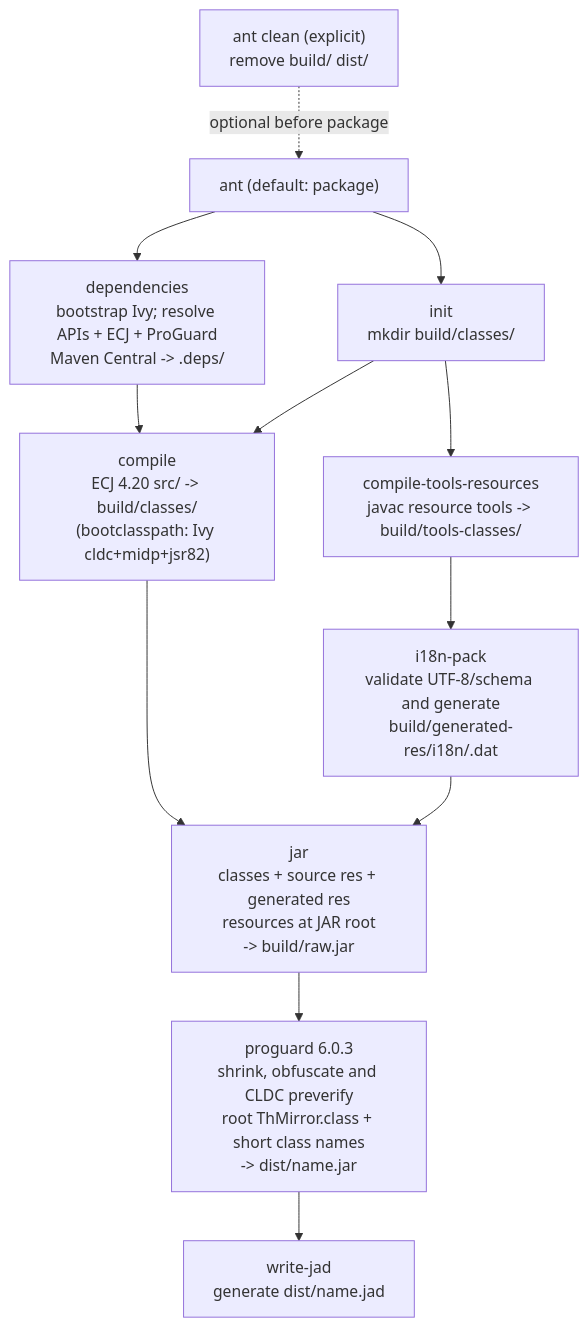
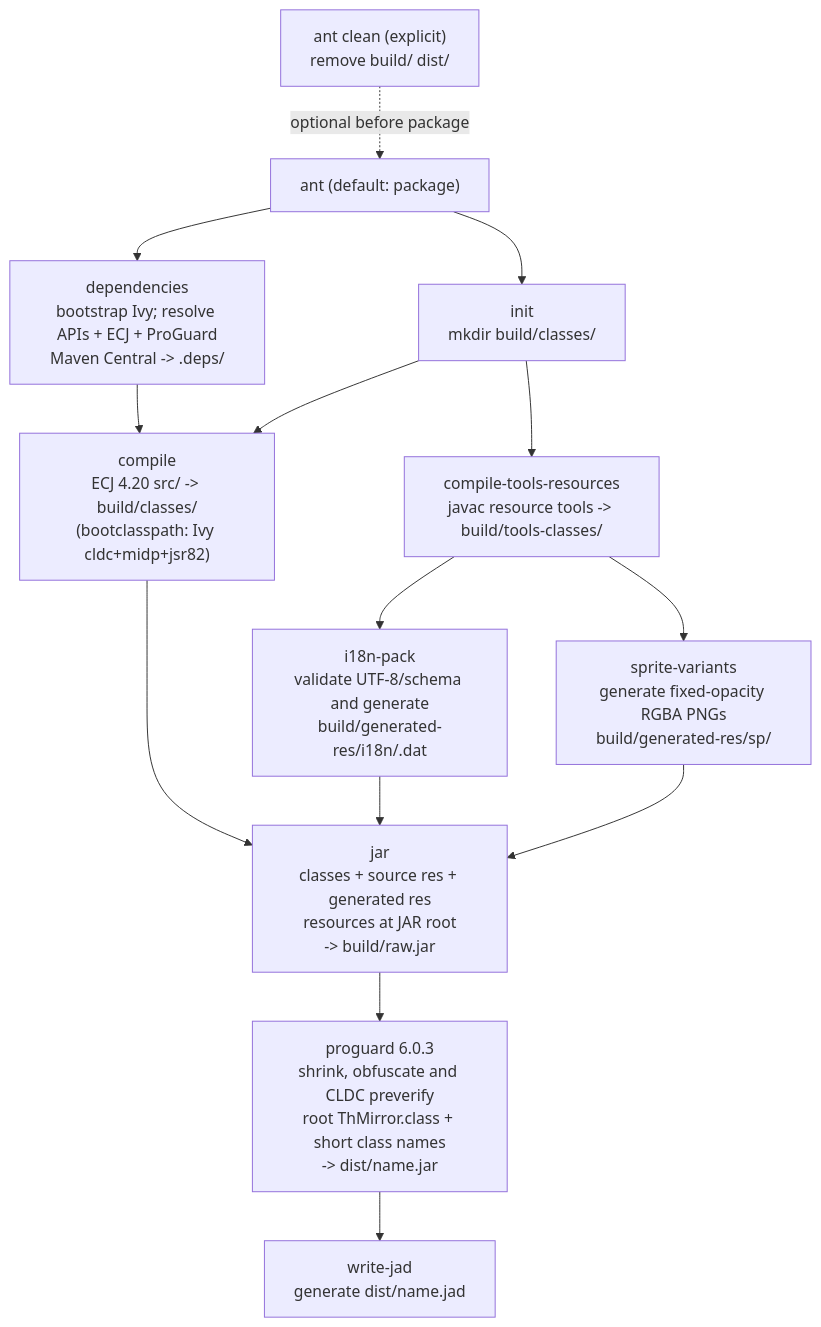
The first of 3 diagrams in docs/tree.md (Magstic/Touhou-Misfortune-Mirror-s-Tale), drawn with Mermaid before and after one commit. The commit also changed other lines of this file and 3 other files, not shown here.

First line of the commit message:
現在直接在建置時產生 Alpha 圖形副本，這是為了適配 S60V3 那垃圾的 API 實作，甚至不如 S40。

````diff
--- a/docs/tree.md
+++ b/docs/tree.md
@@ -210,16 +211,18 @@
 ```mermaid
 flowchart TD
     CLEAN["ant clean (explicit)<br/>remove build/ dist/"]
     CLEAN -. "optional before package" .-> ANT
     ANT["ant (default: package)"] --> INIT["init<br/>mkdir build/classes/"]
     ANT --> DEPS["dependencies<br/>bootstrap Ivy; resolve APIs + ECJ + ProGuard<br/>Maven Central -> .deps/"]
     DEPS --> COMPILE
     INIT --> COMPILE["compile<br/>ECJ 4.20 src/ -> build/classes/<br/>(bootclasspath: Ivy cldc+midp+jsr82)"]
     INIT --> TOOLS["compile-tools-resources<br/>javac resource tools -> build/tools-classes/"]
     TOOLS --> I18N["i18n-pack<br/>validate UTF-8/schema and generate<br/>build/generated-res/i18n/<lang>.dat"]
+    TOOLS --> SPRITES["sprite-variants<br/>generate fixed-opacity RGBA PNGs<br/>build/generated-res/sp/"]
     COMPILE --> JAR
     I18N --> JAR
+    SPRITES --> JAR
     JAR["jar<br/>classes + source res + generated res<br/>resources at JAR root<br/>-> build/raw.jar"] --> PG
     PG["proguard 6.0.3<br/>shrink, obfuscate and CLDC preverify<br/>root ThMirror.class + short class names<br/>-> dist/name.jar"] --> JAD
     JAD["write-jad<br/>generate dist/name.jad"]
 ```
````
